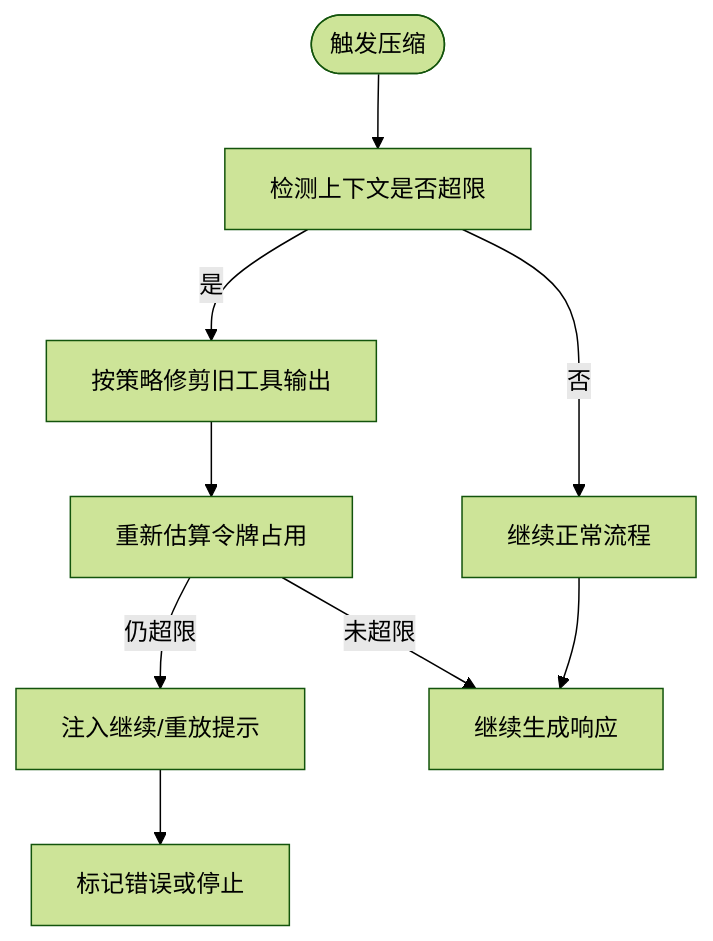
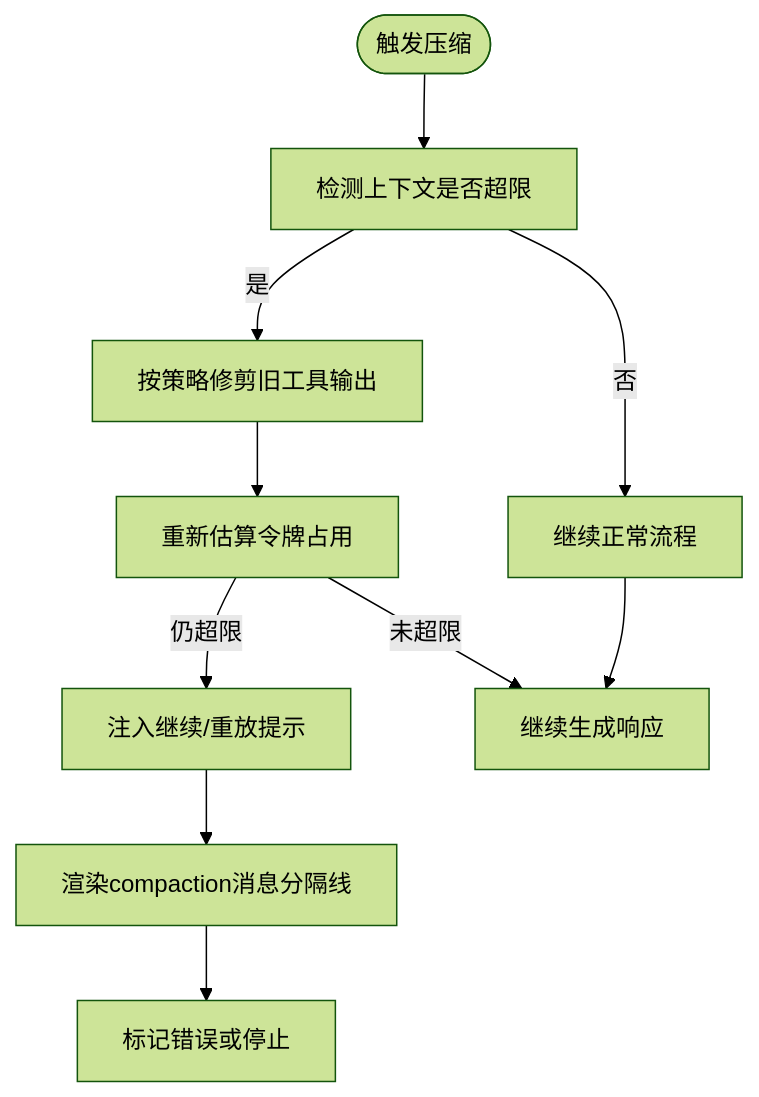
The sixth of 11 diagrams in .lingma/repowiki/zh/content/核心概念/会话管理系统.md (89780012/opencode), drawn with Mermaid (forest theme) before and after one commit. The commit also changed other lines of this file and 1 other file, not shown here.

````diff
--- a/.lingma/repowiki/zh/content/核心概念/会话管理系统.md
+++ b/.lingma/repowiki/zh/content/核心概念/会话管理系统.md
@@ -249,11 +295,12 @@
 ```mermaid
 flowchart TD
 Enter(["触发压缩"]) --> Detect["检测上下文是否超限"]
 Detect --> |否| Continue["继续正常流程"]
 Detect --> |是| Prune["按策略修剪旧工具输出"]
 Prune --> ReEstimate["重新估算令牌占用"]
 ReEstimate --> |仍超限| Inject["注入继续/重放提示"]
 ReEstimate --> |未超限| Proceed["继续生成响应"]
-Inject --> Finish["标记错误或停止"]
+Inject --> ShowCompaction["渲染compaction消息分隔线"]
+ShowCompaction --> Finish["标记错误或停止"]
 Continue --> Proceed
 ```
````
